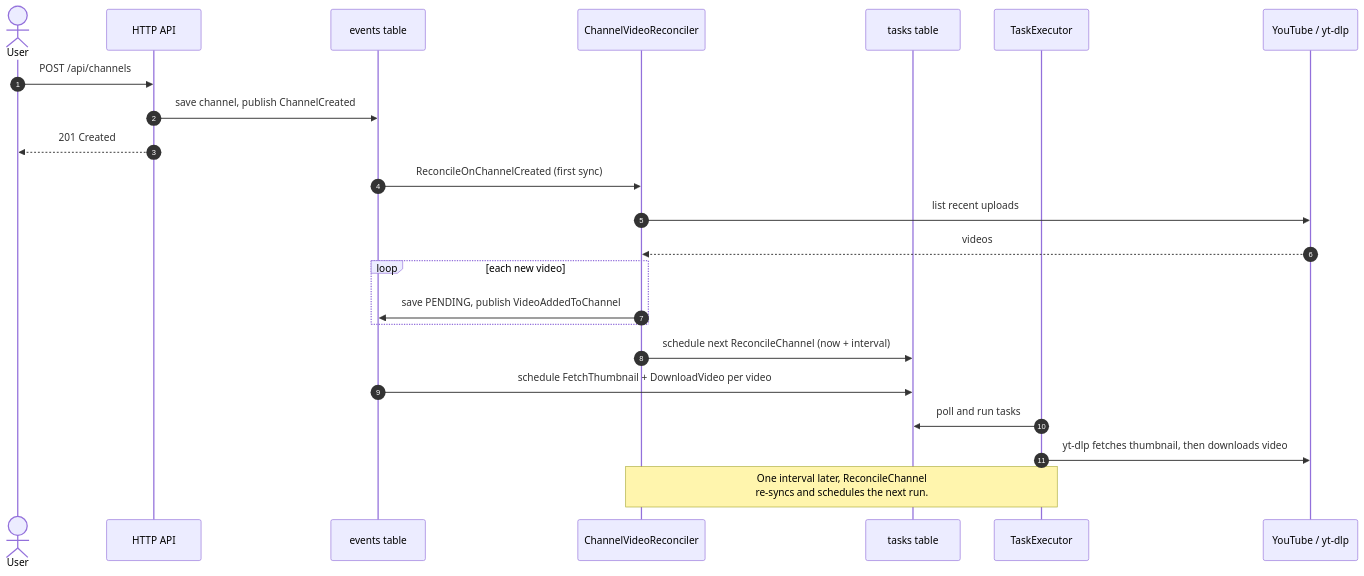
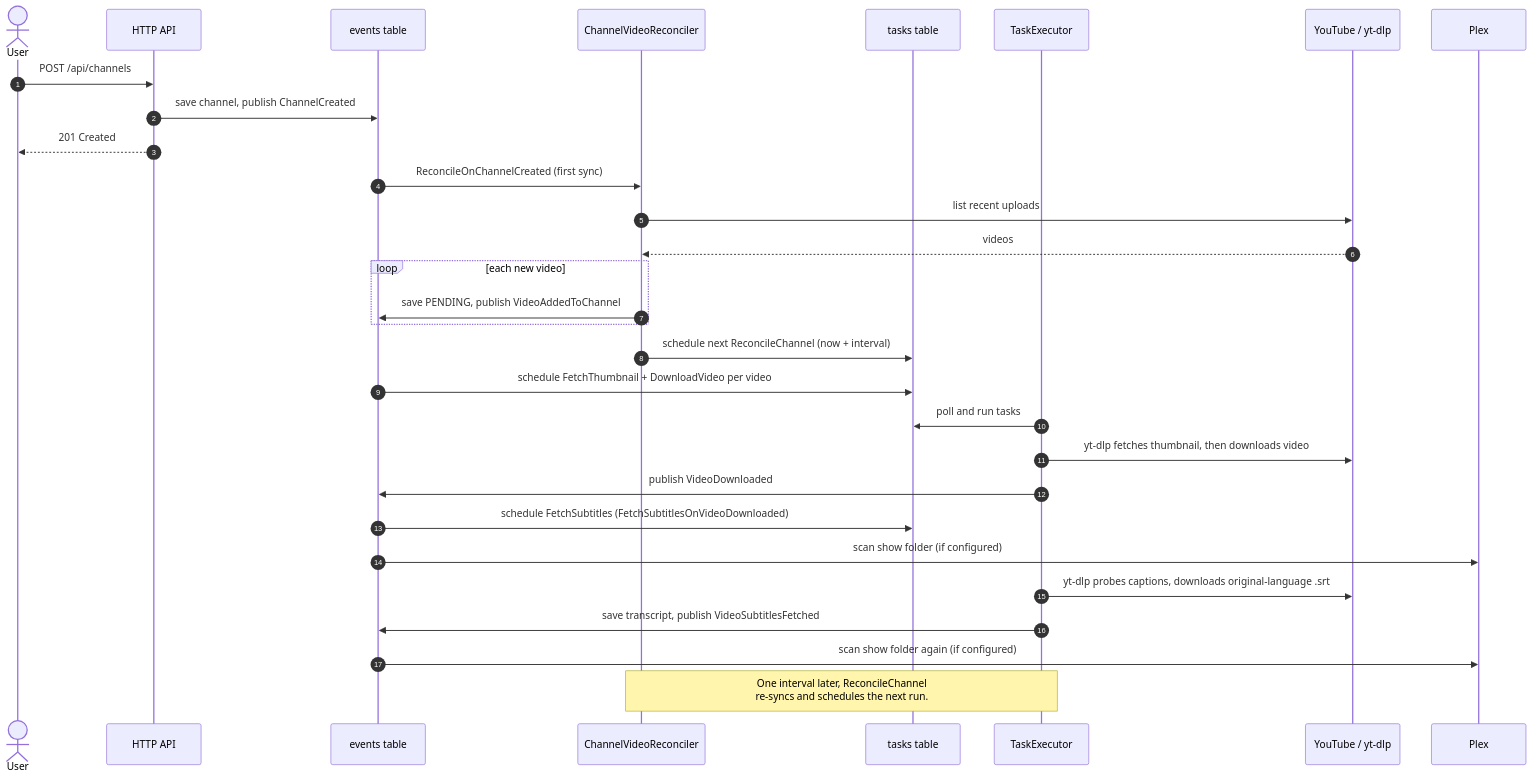
One commit to sergigp/yarrtube changed the second of 2 diagrams in doc/ARCHITECTURE.md. Above: the diagram before and after it, drawn with Mermaid. The commit also changed other lines of this file and 2 other files, not shown here.

Commit message:
Document subtitle fetches after download and the Plex rescan

````diff
--- a/doc/ARCHITECTURE.md
+++ b/doc/ARCHITECTURE.md
@@ -88,29 +97,37 @@
 ```mermaid
 sequenceDiagram
     autonumber
     actor User
     participant API as HTTP API
     participant Events as events table
     participant Reconciler as ChannelVideoReconciler
     participant Tasks as tasks table
     participant Executor as TaskExecutor
     participant YT as YouTube / yt-dlp
+    participant Plex
 
     User->>API: POST /api/channels
     API->>Events: save channel, publish ChannelCreated
     API-->>User: 201 Created
 
     Events->>Reconciler: ReconcileOnChannelCreated (first sync)
     Reconciler->>YT: list recent uploads
     YT-->>Reconciler: videos
     loop each new video
         Reconciler->>Events: save PENDING, publish VideoAddedToChannel
     end
     Reconciler->>Tasks: schedule next ReconcileChannel (now + interval)
 
     Events->>Tasks: schedule FetchThumbnail + DownloadVideo per video
     Executor->>Tasks: poll and run tasks
     Executor->>YT: yt-dlp fetches thumbnail, then downloads video
+    Executor->>Events: publish VideoDownloaded
+
+    Events->>Tasks: schedule FetchSubtitles (FetchSubtitlesOnVideoDownloaded)
+    Events->>Plex: scan show folder (if configured)
+    Executor->>YT: yt-dlp probes captions, downloads original-language .srt
+    Executor->>Events: save transcript, publish VideoSubtitlesFetched
+    Events->>Plex: scan show folder again (if configured)
 
     Note over Reconciler,Executor: One interval later, ReconcileChannel<br/>re-syncs and schedules the next run.
 ```
````
